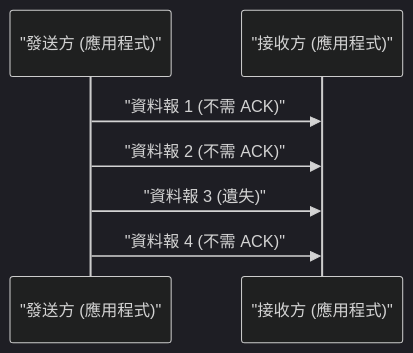
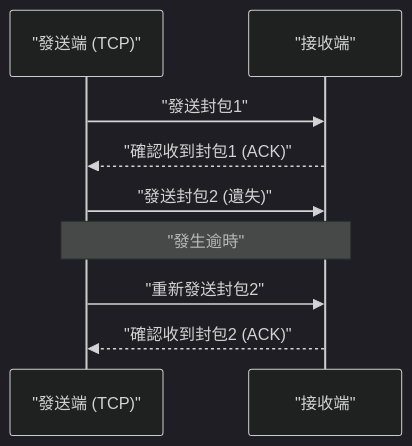
The diagram in content/post/history-of-udp/index.zh-tw.md (kenjinote/blog), drawn with Mermaid (dark theme) before and after one commit. The commit also changed other lines of this file and 67 other files, not shown here.

````diff
--- a/content/post/history-of-udp/index.zh-tw.md
+++ b/content/post/history-of-udp/index.zh-tw.md
@@ -22,9 +35,11 @@
 ```mermaid
 sequenceDiagram
-    participant S as "發送方 (應用程式)"
-    participant R as "接收方 (應用程式)"
-    S->>R: "資料報 1 (不需 ACK)"
-    S->>R: "資料報 2 (不需 ACK)"
-    S->>R: "資料報 3 (遺失)"
-    S->>R: "資料報 4 (不需 ACK)"
+    participant Sender as "發送端 (TCP)"
+    participant Receiver as "接收端"
+    Sender->>Receiver: "發送封包1"
+    Receiver-->>Sender: "確認收到封包1 (ACK)"
+    Sender->>Receiver: "發送封包2 (遺失)"
+    Note over Sender,Receiver: "發生逾時"
+    Sender->>Receiver: "重新發送封包2"
+    Receiver-->>Sender: "確認收到封包2 (ACK)"
 ```
````
